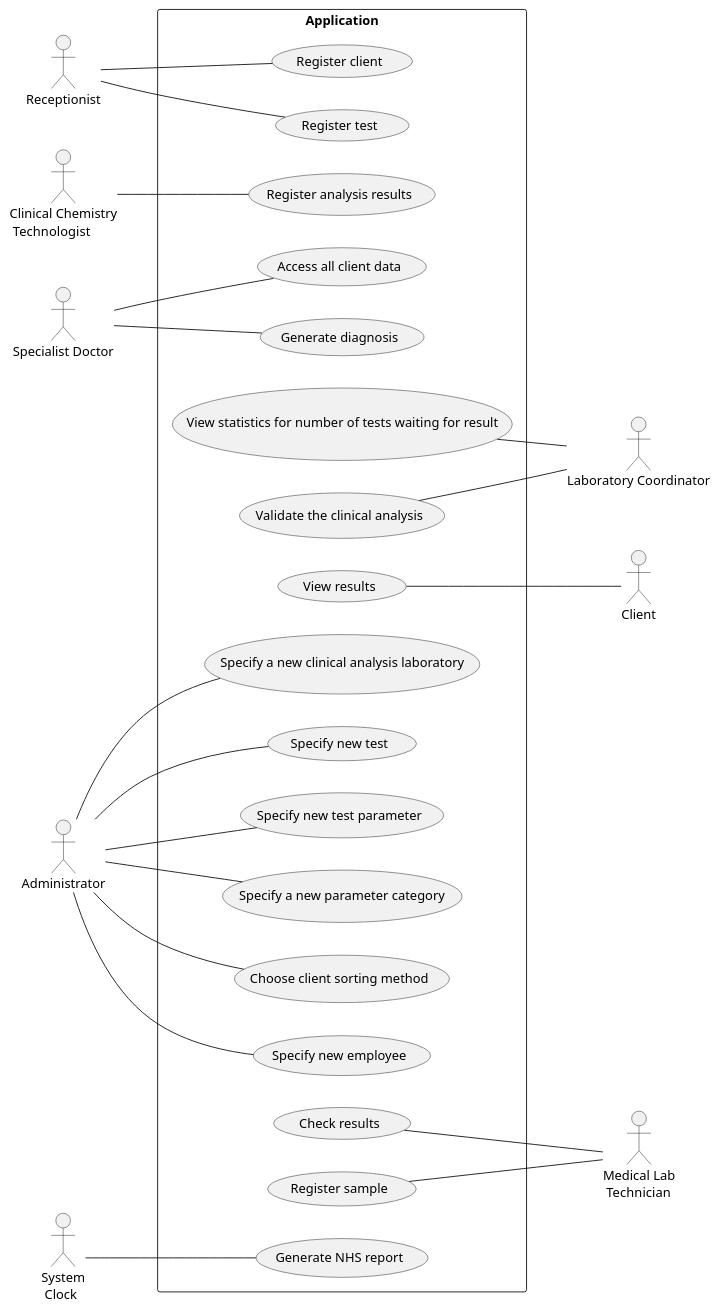
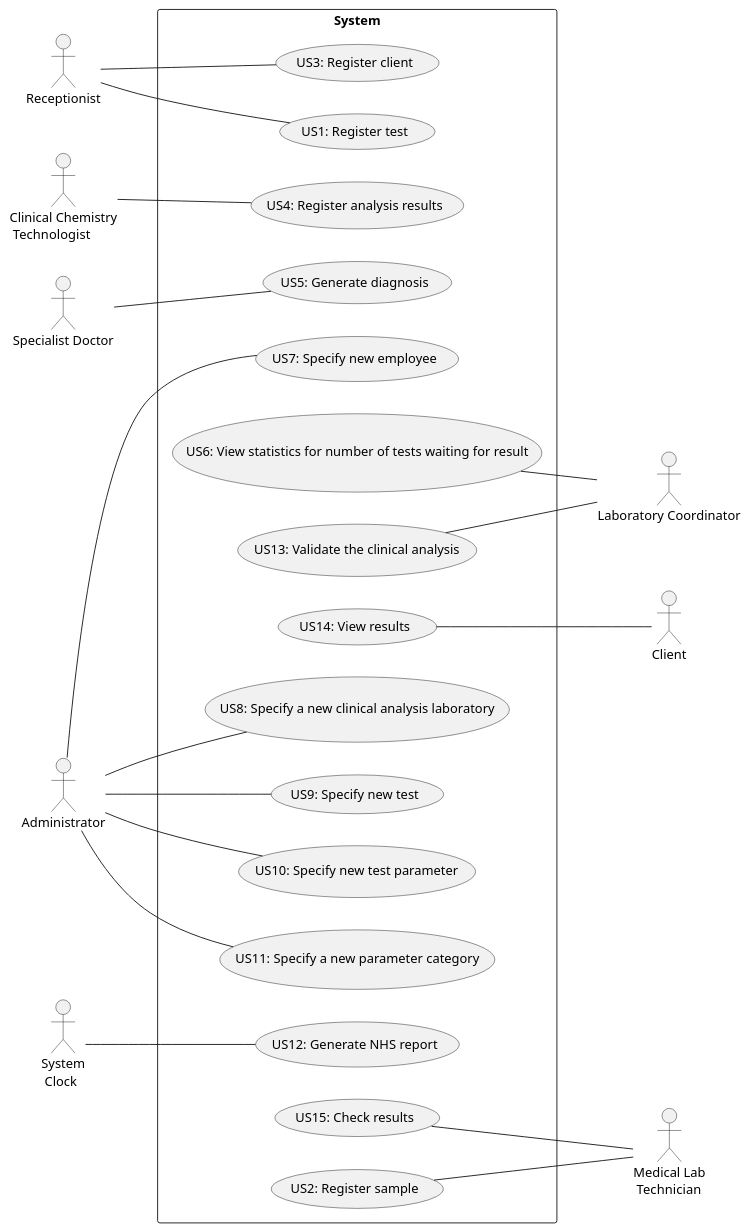
One commit to MadDinosaur/ISEP-LAPR2 changed the diagram in docs/SprintB/UCD.puml. Above: the diagram before and after it, drawn with PlantUML. The commit also changed 3 other files, not shown here.

```diff
--- a/docs/SprintB/UCD.puml
+++ b/docs/SprintB/UCD.puml
@@ -1,54 +1,50 @@
 @startuml
 'https://plantuml.com/use-case-diagram
 
 left to right direction
 skinparam packageStyle rectangle
 'Actors
 :Receptionist:
 :Medical Lab\n Technician: as MLT
 :Clinical Chemistry\n Technologist: as CCT
 :Specialist Doctor: as Doctor
 :Laboratory Coordinator: as LC
 :Client:
 :Administrator:
 :System\n Clock: as Clock
 
-package Application {
-    (Register test) as UC1
-    (Register client) as UC3
-    (Register analysis results) as UC4
-    (Generate diagnosis) as UC5
-    (Generate NHS report) as UC12
-    (Validate the clinical analysis) as UC13
-    (View results) as UC14
-    (Check results) as UC15
-    (Choose client sorting method) as UC6
-    (Specify new employee) as UC7
-    (Specify a new clinical analysis laboratory) as UC8
-    (Specify new test) as UC9
-    (Specify new test parameter) as UC10
-    (Specify a new parameter category) as UC11
-    (Register sample) as UC2
-    (View statistics for number of tests waiting for result) as UC16
-    (Access all client data) as UC17
+package System {
+    (US1: Register test) as US1
+    (US3: Register client) as US3
+    (US4: Register analysis results) as US4
+    (US5: Generate diagnosis) as US5
+    (US12: Generate NHS report) as US12
+    (US13: Validate the clinical analysis) as US13
+    (US14: View results) as US14
+    (US15: Check results) as US15
+    (US7: Specify new employee) as US7
+    (US8: Specify a new clinical analysis laboratory) as US8
+    (US9: Specify new test) as US9
+    (US10: Specify new test parameter) as US10
+    (US11: Specify a new parameter category) as US11
+    (US2: Register sample) as US2
+    (US6: View statistics for number of tests waiting for result) as US6
 }
 
 'Use Cases
-Receptionist -- UC1
-Receptionist -- UC3
-CCT -- UC4
-Doctor -- UC5
-UC13 -- LC
-UC14 -- Client
-UC2 -- MLT
-UC15 -- MLT
-Administrator -- UC6
-Administrator -- UC7
-Administrator -- UC8
-Administrator -- UC9
-Administrator -- UC10
-Administrator -- UC11
-UC16 -- LC
-Doctor -- UC17
-Clock -- UC12
+Receptionist -- US1
+Receptionist -- US3
+CCT -- US4
+Doctor -- US5
+US13 -- LC
+US14 -- Client
+US2 -- MLT
+US15 -- MLT
+Administrator -- US7
+Administrator -- US8
+Administrator -- US9
+Administrator -- US10
+Administrator -- US11
+US6 -- LC
+Clock -- US12
 @enduml
```
